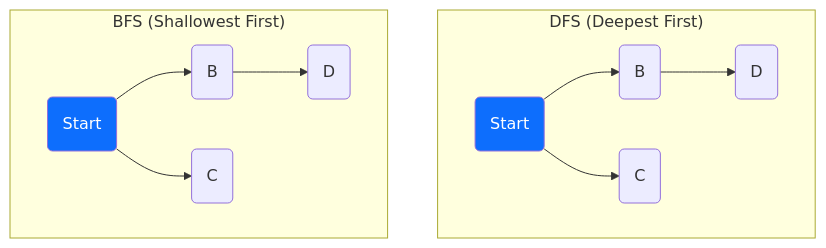
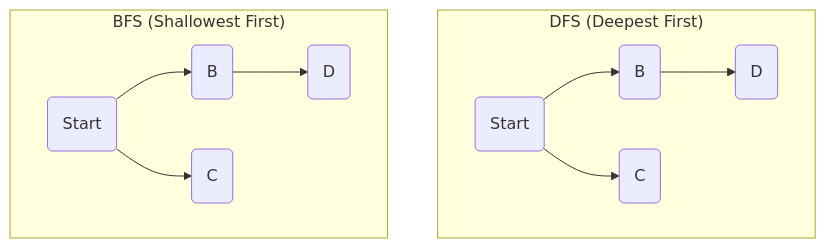
One commit to eltay89/eltay89.github.io changed the first of 4 diagrams in _posts/2025-08-08-ai-search-algorithms-a-z.md. Above: the diagram before and after it, drawn with Mermaid. The commit also changed other lines of this file, not shown here.

````diff
--- a/_posts/2025-08-08-ai-search-algorithms-a-z.md
+++ b/_posts/2025-08-08-ai-search-algorithms-a-z.md
@@ -84,15 +84,12 @@
 ```mermaid
 graph TD
     subgraph "DFS (Deepest First)"
         A1("Start") --> B2("B") --> D3("D");
         A1 --> C4("C");
     end
     subgraph "BFS (Shallowest First)"
         A1b("Start") --> B2b("B");
         A1b --> C3b("C");
         B2b --> D4b("D");
     end
-
-    style A1 fill:#0d6efd,color:white
-    style A1b fill:#0d6efd,color:white
 ```
````
